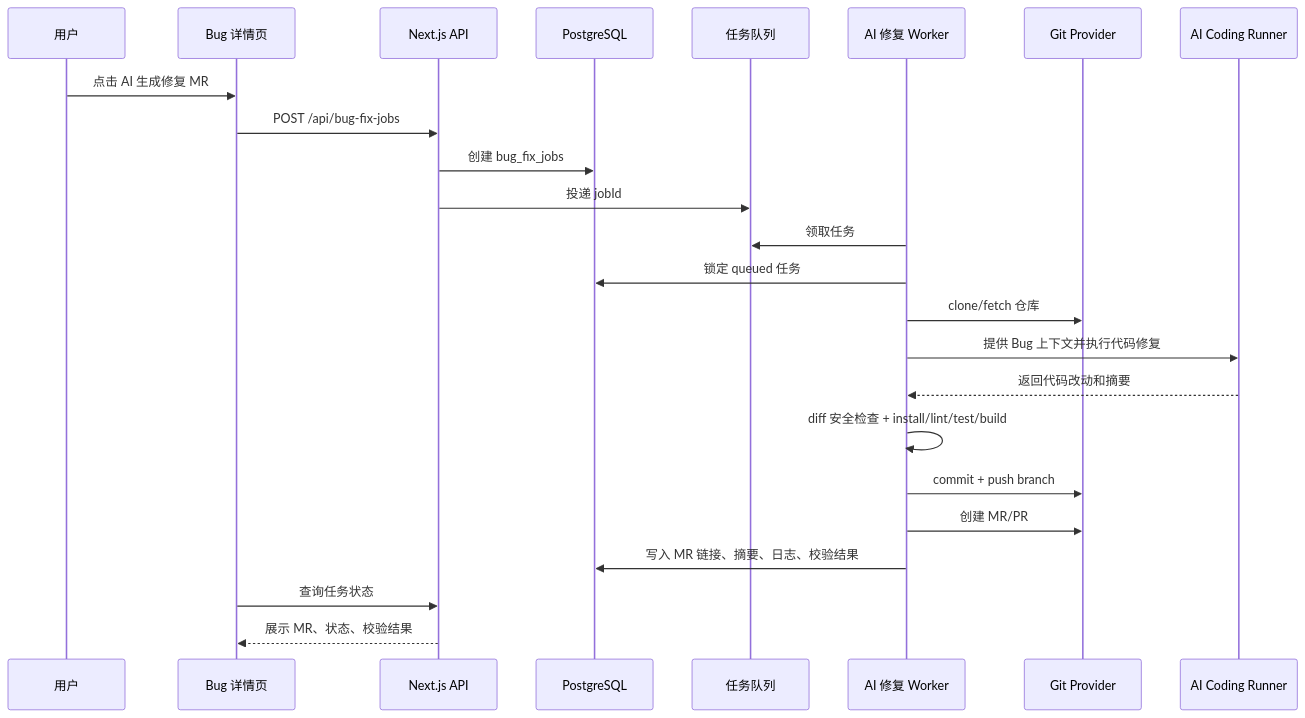
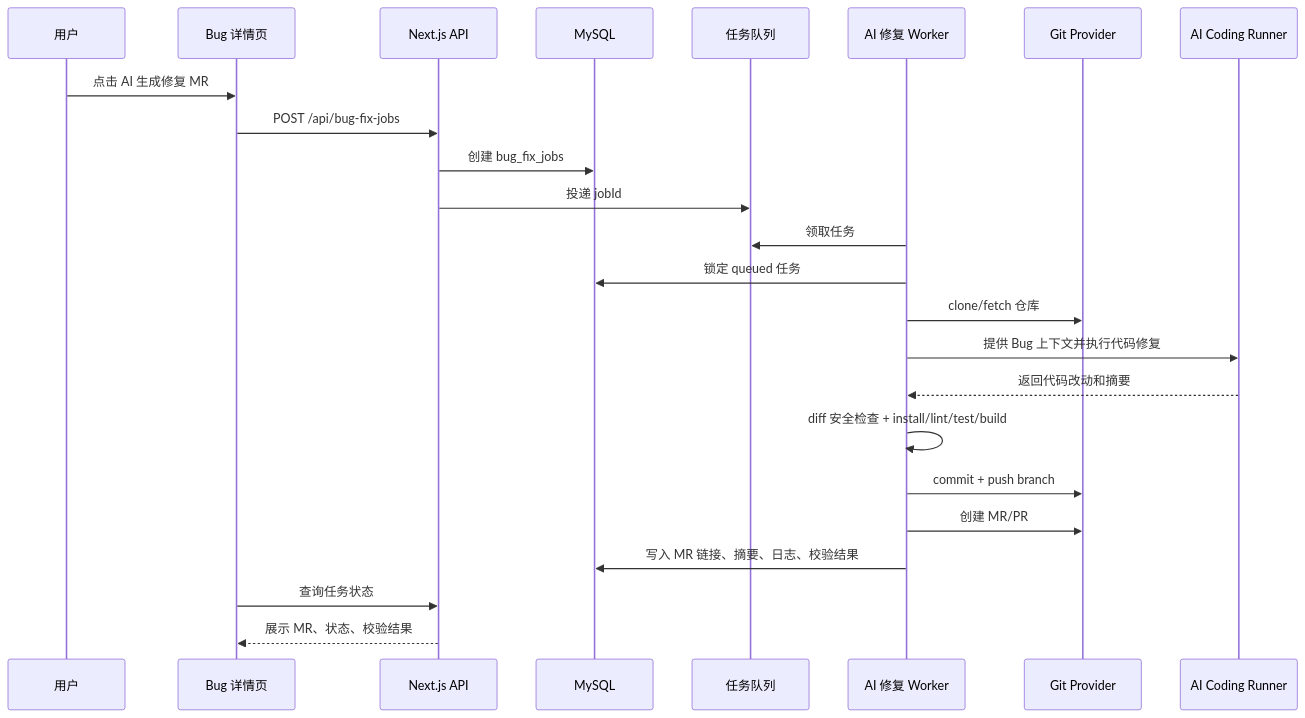
One commit to liushurui666/ai-pm changed the diagram in docs/ai-bug-fix-mr.md. Above: the diagram before and after it, drawn with Mermaid. The commit also changed other lines of this file and 18 other files, not shown here.

````diff
--- a/docs/ai-bug-fix-mr.md
+++ b/docs/ai-bug-fix-mr.md
@@ -69,27 +69,27 @@
 ```mermaid
 sequenceDiagram
   participant User as 用户
   participant UI as Bug 详情页
   participant API as Next.js API
-  participant DB as PostgreSQL
+  participant DB as MySQL
   participant Queue as 任务队列
   participant Worker as AI 修复 Worker
   participant Git as Git Provider
   participant AI as AI Coding Runner
 
   User->>UI: 点击 AI 生成修复 MR
   UI->>API: POST /api/bug-fix-jobs
   API->>DB: 创建 bug_fix_jobs
   API->>Queue: 投递 jobId
   Worker->>Queue: 领取任务
   Worker->>DB: 锁定 queued 任务
   Worker->>Git: clone/fetch 仓库
   Worker->>AI: 提供 Bug 上下文并执行代码修复
   AI-->>Worker: 返回代码改动和摘要
   Worker->>Worker: diff 安全检查 + install/lint/test/build
   Worker->>Git: commit + push branch
   Worker->>Git: 创建 MR/PR
   Worker->>DB: 写入 MR 链接、摘要、日志、校验结果
   UI->>API: 查询任务状态
   API-->>UI: 展示 MR、状态、校验结果
 ```
````
